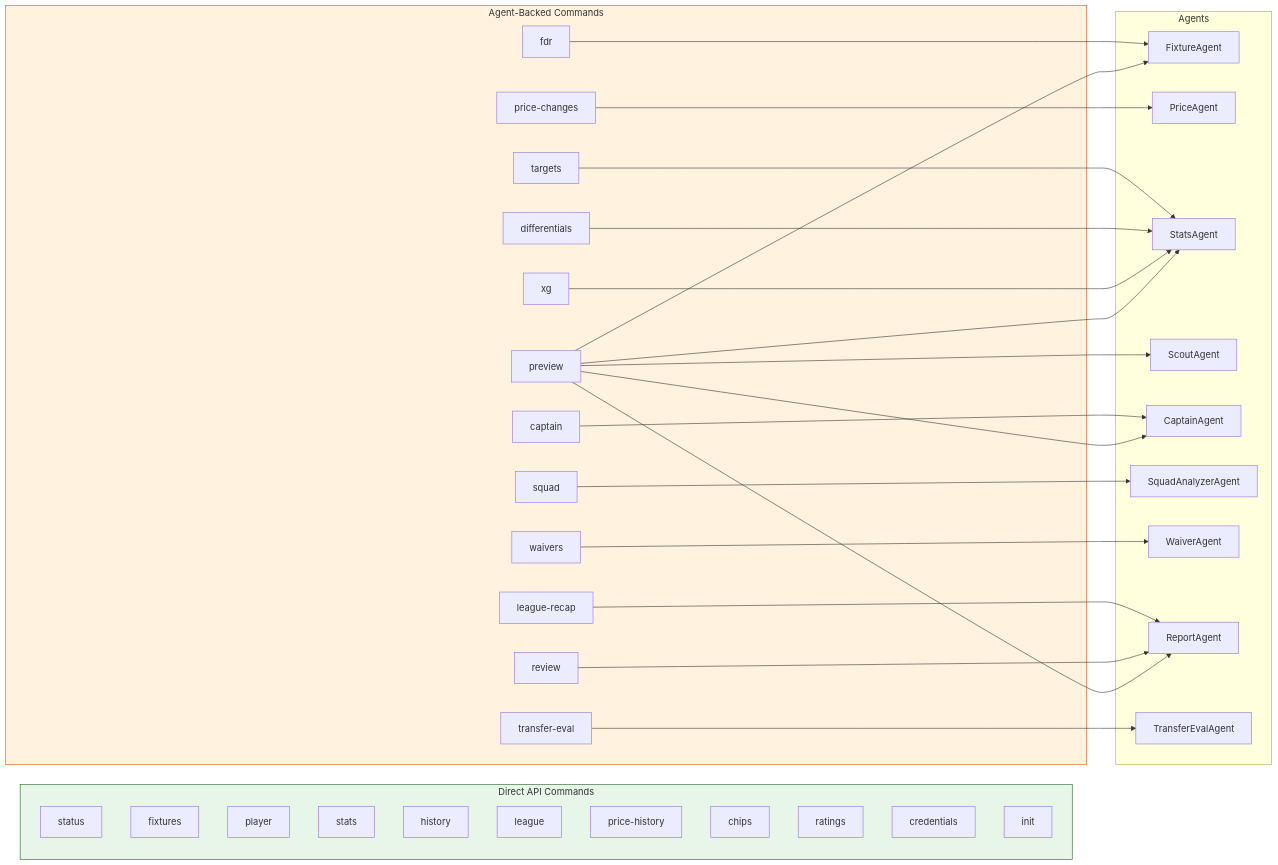
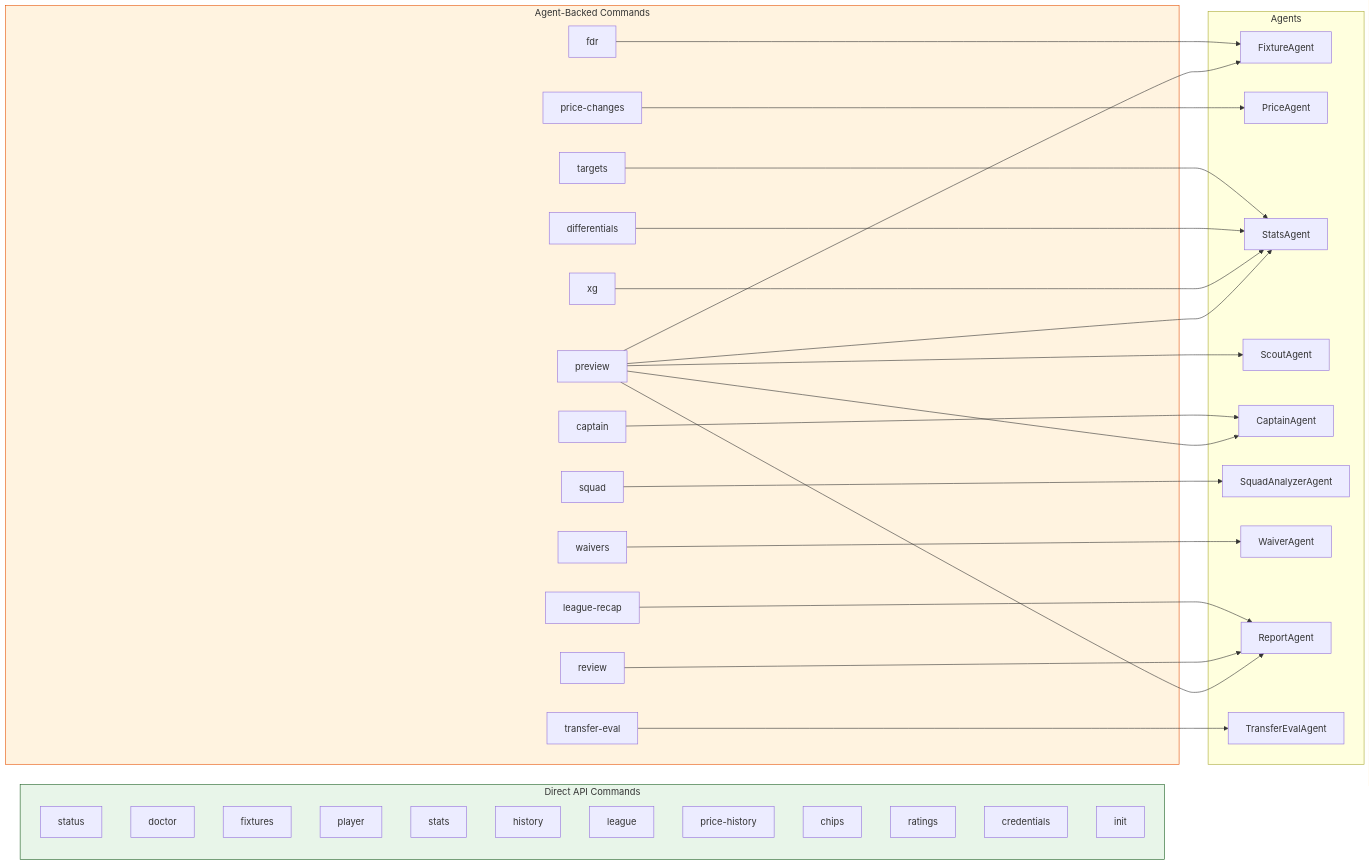
The fourth of 7 diagrams in docs/architecture.md (rossgroomio/fpl-cli), drawn with Mermaid before and after one commit. The commit also changed 6 other files, not shown here.

````diff
--- a/docs/architecture.md
+++ b/docs/architecture.md
@@ -274,59 +274,60 @@
 ```mermaid
 flowchart LR
     subgraph Direct["Direct API Commands"]
         status["status"]
+        doctor["doctor"]
         fixtures["fixtures"]
         player["player"]
         stats["stats"]
         history["history"]
         league["league"]
         price_hist["price-history"]
         chips["chips"]
         ratings["ratings"]
         credentials["credentials"]
         init["init"]
     end
 
     subgraph ViaAgent["Agent-Backed Commands"]
         preview["preview"]
         review["review"]
         recap["league-recap"]
         cap["captain"]
         fdr["fdr"]
         xg["xg"]
         diff["differentials"]
         tgt["targets"]
         pr["price-changes"]
         waivers["waivers"]
         squad["squad"]
         transfer_eval["transfer-eval"]
     end
 
     subgraph Agents["Agents"]
         FA[FixtureAgent]
         PA[PriceAgent]
         SA[StatsAgent]
         SCA[ScoutAgent]
         CA[CaptainAgent]
         SQA[SquadAnalyzerAgent]
         WA[WaiverAgent]
         RA[ReportAgent]
         TEA[TransferEvalAgent]
     end
 
     preview --> FA & SA & CA & SCA & RA
     review --> RA
     recap --> RA
     cap --> CA
     fdr --> FA
     xg --> SA
     diff --> SA
     tgt --> SA
     pr --> PA
     waivers --> WA
     squad --> SQA
     transfer_eval --> TEA
 
     style Direct fill:#e8f5e9,stroke:#1b5e20
     style ViaAgent fill:#fff3e0,stroke:#e65100
 ```
````
